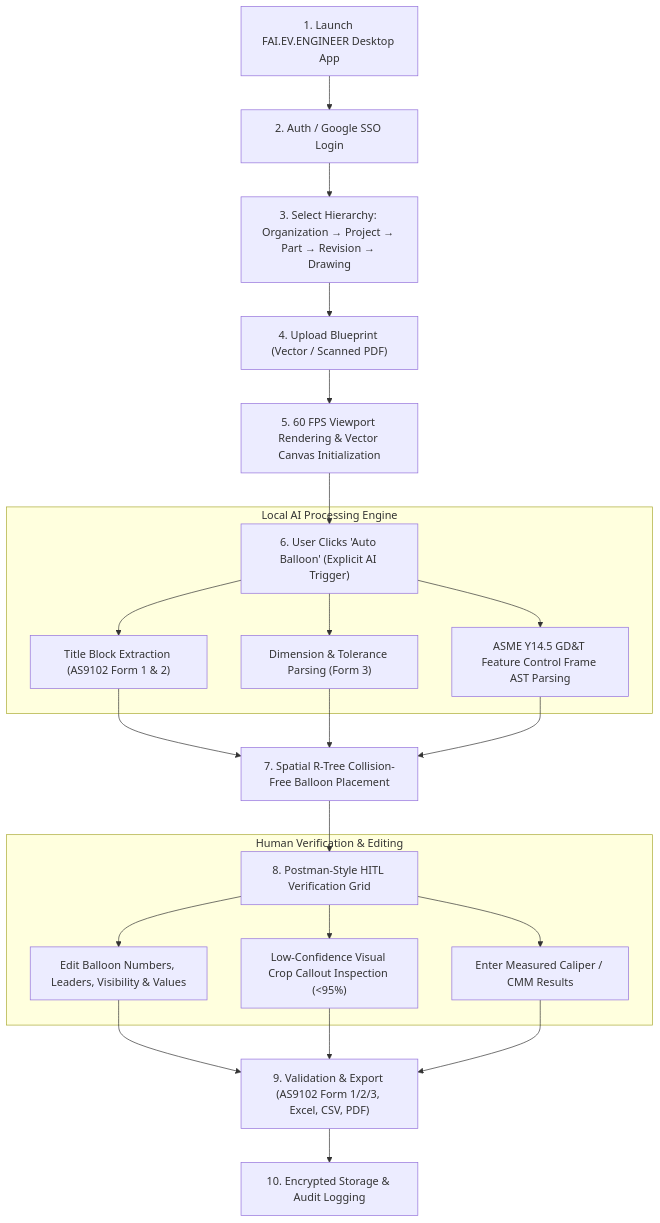
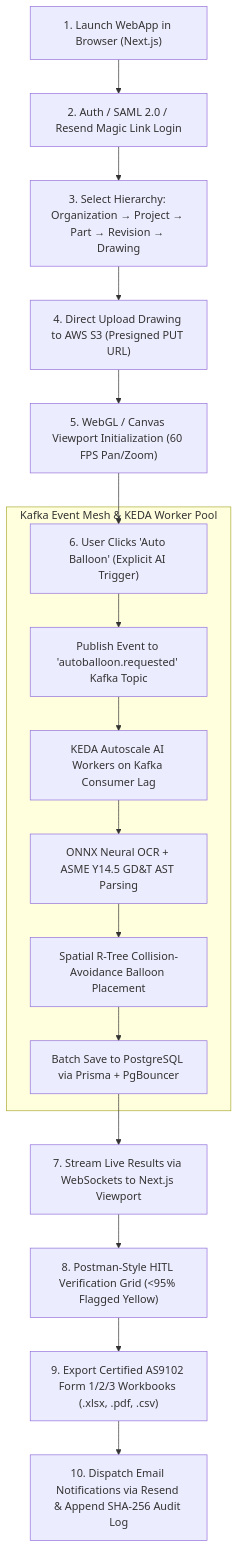
Before and after one commit to LoonistApp/Loonist: the third of 3 diagrams in README.md, drawn with Mermaid. The commit also changed other lines of this file and 4 other files, not shown here.

Commit message:
Refactor Phase 3 architecture document to remove bullet lists and improve flow

````diff
--- a/README.md
+++ b/README.md
@@ -59,26 +94,21 @@
 ```mermaid
 flowchart TD
-    A["1. Launch FAI.EV.ENGINEER Desktop App"] --> B["2. Auth / Google SSO Login"]
+    A["1. Launch WebApp in Browser (Next.js)"] --> B["2. Auth / SAML 2.0 / Resend Magic Link Login"]
     B --> C["3. Select Hierarchy: Organization → Project → Part → Revision → Drawing"]
-    C --> D["4. Upload Blueprint (Vector / Scanned PDF)"]
-    D --> E["5. 60 FPS Viewport Rendering & Vector Canvas Initialization"]
+    C --> D["4. Direct Upload Drawing to AWS S3 (Presigned PUT URL)"]
+    D --> E["5. WebGL / Canvas Viewport Initialization (60 FPS Pan/Zoom)"]
     E --> F["6. User Clicks 'Auto Balloon' (Explicit AI Trigger)"]
     
-    subgraph Local_AI_Pipeline ["Local AI Processing Engine"]
-        F --> F1["Title Block Extraction (AS9102 Form 1 & 2)"]
-        F --> F2["Dimension & Tolerance Parsing (Form 3)"]
-        F --> F3["ASME Y14.5 GD&T Feature Control Frame AST Parsing"]
+    subgraph Async_Event_Mesh ["Kafka Event Mesh & KEDA Worker Pool"]
+        F --> F1["Publish Event to 'autoballoon.requested' Kafka Topic"]
+        F1 --> F2["KEDA Autoscale AI Workers on Kafka Consumer Lag"]
+        F2 --> F3["ONNX Neural OCR + ASME Y14.5 GD&T AST Parsing"]
+        F3 --> F4["Spatial R-Tree Collision-Avoidance Balloon Placement"]
+        F4 --> F5["Batch Save to PostgreSQL via Prisma + PgBouncer"]
     end
     
-    F1 & F2 & F3 --> G["7. Spatial R-Tree Collision-Free Balloon Placement"]
-    G --> H["8. Postman-Style HITL Verification Grid"]
-    
-    subgraph HITL_Review ["Human Verification & Editing"]
-        H --> H1["Edit Balloon Numbers, Leaders, Visibility & Values"]
-        H --> H2["Low-Confidence Visual Crop Callout Inspection (<95%)"]
-        H --> H3["Enter Measured Caliper / CMM Results"]
-    end
-    
-    H1 & H2 & H3 --> I["9. Validation & Export (AS9102 Form 1/2/3, Excel, CSV, PDF)"]
-    I --> J["10. Encrypted Storage & Audit Logging"]
+    F5 --> G["7. Stream Live Results via WebSockets to Next.js Viewport"]
+    G --> H["8. Postman-Style HITL Verification Grid (<95% Flagged Yellow)"]
+    H --> I["9. Export Certified AS9102 Form 1/2/3 Workbooks (.xlsx, .pdf, .csv)"]
+    I --> J["10. Dispatch Email Notifications via Resend & Append SHA-256 Audit Log"]
 ```
````
